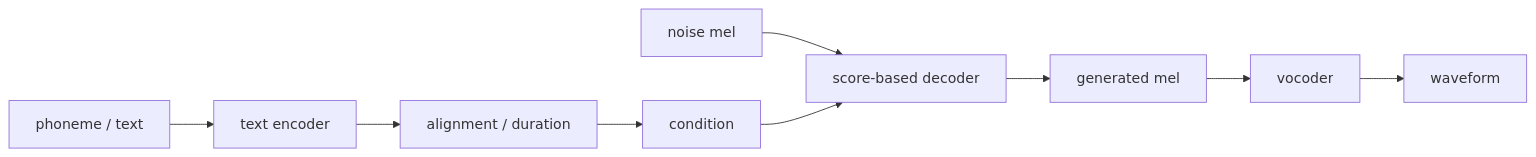
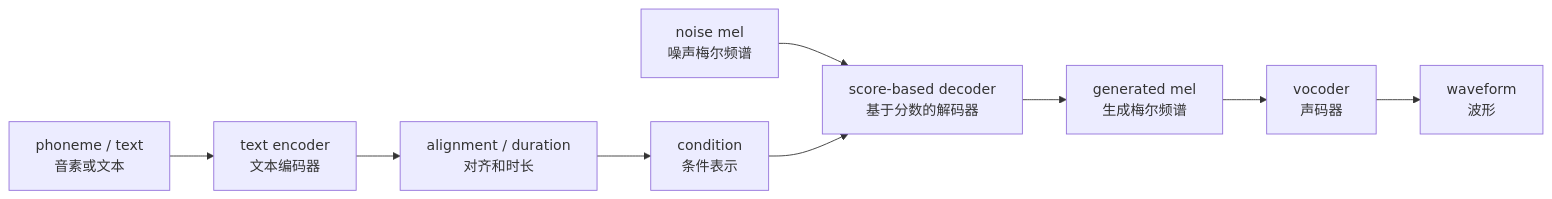
The fourth of 6 diagrams in books/chapter10_扩散模型与新一代TTS.md (dugenkui03/OmniVoice), drawn with Mermaid before and after one commit. The commit also changed other lines of this file and 29 other files, not shown here.

Commit message:
Refine OmniVoice TTS learning book and add chapter diagrams

````diff
--- a/books/chapter10_扩散模型与新一代TTS.md
+++ b/books/chapter10_扩散模型与新一代TTS.md
@@ -55,11 +220,11 @@
 ```mermaid
 flowchart LR
-    A["phoneme / text"] --> B["text encoder"]
-    B --> C["alignment / duration"]
-    C --> D["condition"]
-    E["noise mel"] --> F["score-based decoder"]
+    A["phoneme / text<br/>音素或文本"] --> B["text encoder<br/>文本编码器"]
+    B --> C["alignment / duration<br/>对齐和时长"]
+    C --> D["condition<br/>条件表示"]
+    E["noise mel<br/>噪声梅尔频谱"] --> F["score-based decoder<br/>基于分数的解码器"]
     D --> F
-    F --> G["generated mel"]
-    G --> H["vocoder"]
-    H --> I["waveform"]
+    F --> G["generated mel<br/>生成梅尔频谱"]
+    G --> H["vocoder<br/>声码器"]
+    H --> I["waveform<br/>波形"]
 ```
````
